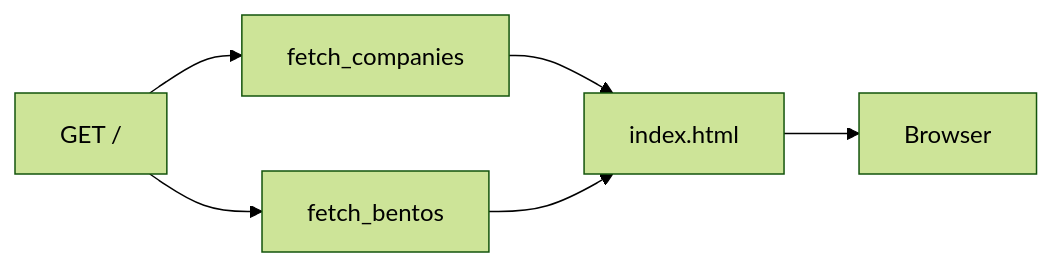
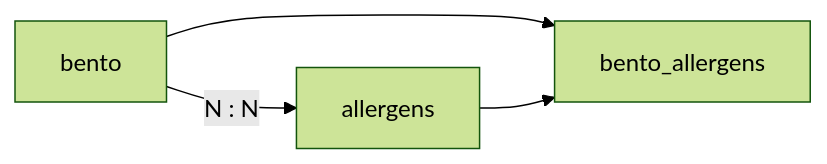
Before and after one commit to gyakusu/fastapi-postgres-demo: the fifth of 9 diagrams in README.md, drawn with Mermaid (forest theme). The commit also changed other lines of this file, not shown here.

````diff
--- a/README.md
+++ b/README.md
@@ -272,8 +268,6 @@
 ```mermaid
 flowchart LR
-    A[GET /] --> B[fetch_companies]
-    A --> C[fetch_bentos]
-    B --> D[index.html]
-    C --> D
-    D --> E[Browser]
+    B[bento] -->|N : N| A[allergens]
+    B --> BA[bento_allergens]
+    A --> BA
 ```
````
